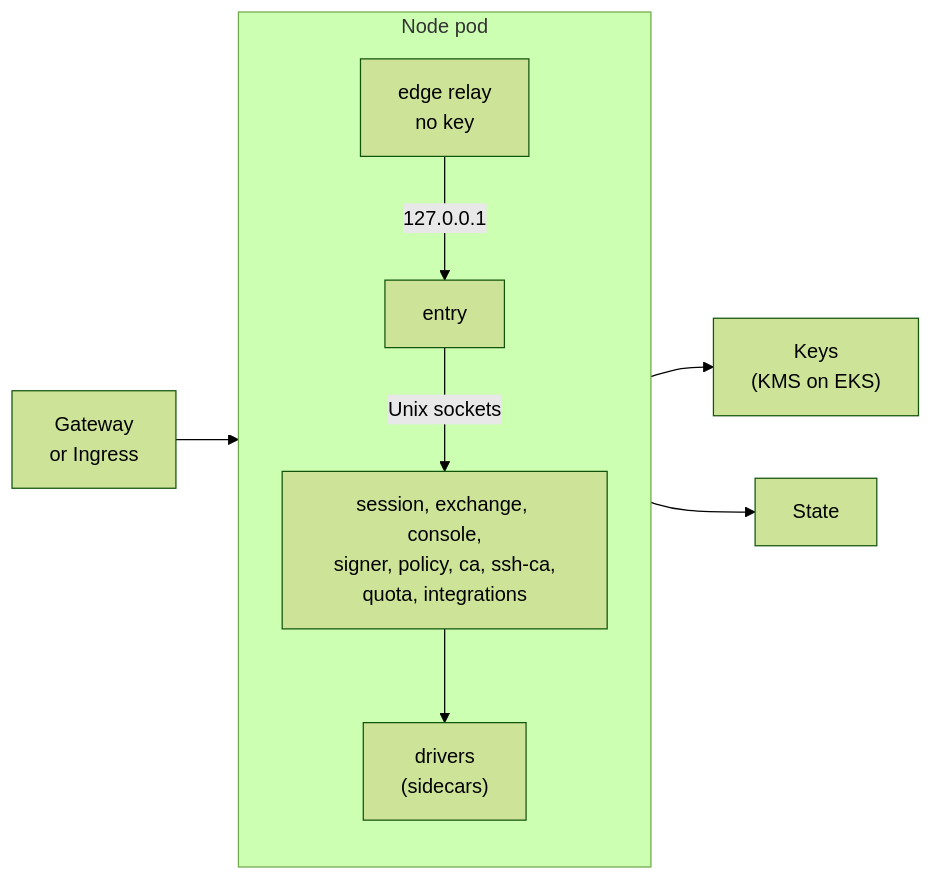
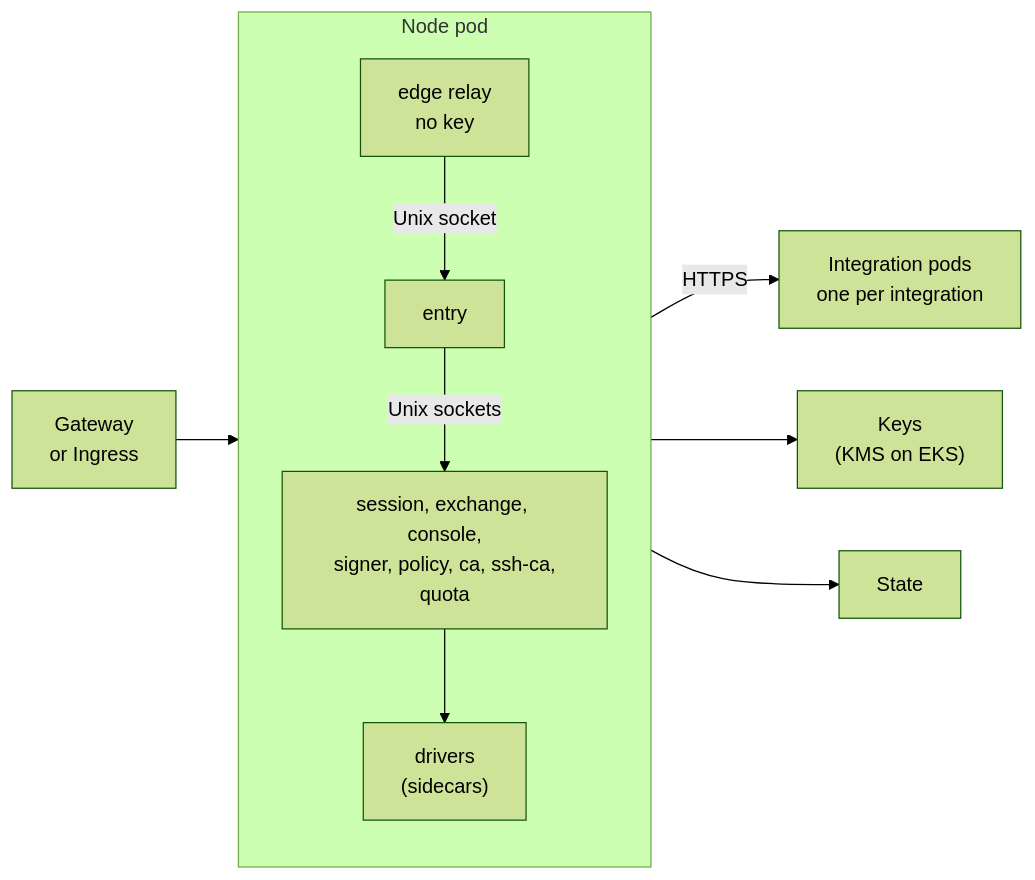
The first of 2 diagrams in docs/runtimes/kubernetes.md (truvity/sluis), drawn with Mermaid (forest theme) before and after one commit. The commit also changed other lines of this file and 36 other files, not shown here.

````diff
--- a/docs/runtimes/kubernetes.md
+++ b/docs/runtimes/kubernetes.md
@@ -21,16 +21,17 @@
 ```mermaid
 flowchart LR
   gw["Gateway<br/>or Ingress"] --> node
   subgraph node["Node pod"]
     direction TB
     relay["edge relay<br/>no key"]
     entry["entry"]
-    core["session, exchange, console,<br/>signer, policy, ca, ssh-ca,<br/>quota, integrations"]
+    core["session, exchange, console,<br/>signer, policy, ca, ssh-ca,<br/>quota"]
     drv["drivers<br/>(sidecars)"]
-    relay -- "127.0.0.1" --> entry
+    relay -- "Unix socket" --> entry
     entry -- "Unix sockets" --> core
     core --> drv
   end
+  node -- "HTTPS" --> integ["Integration pods<br/>one per integration"]
   node --> keys["Keys<br/>(KMS on EKS)"]
   node --> state["State"]
 ```
````
